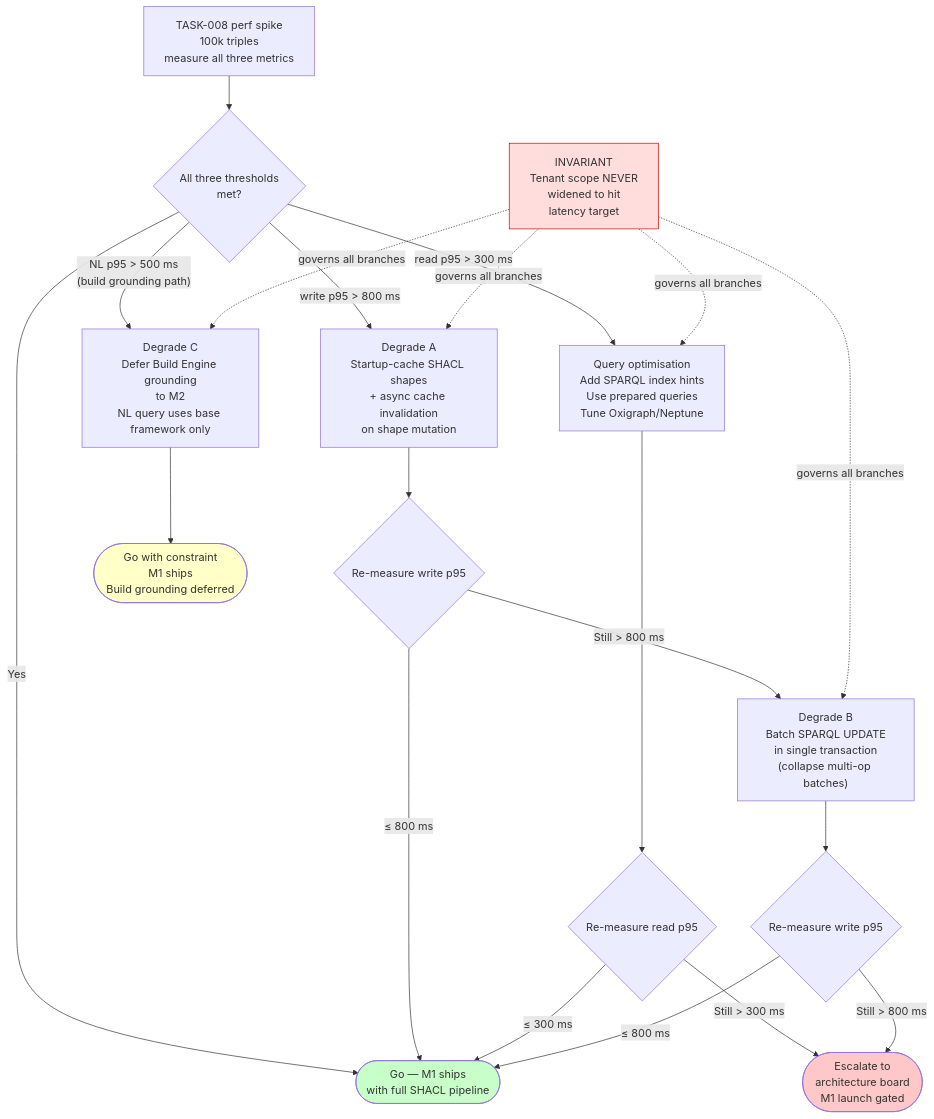
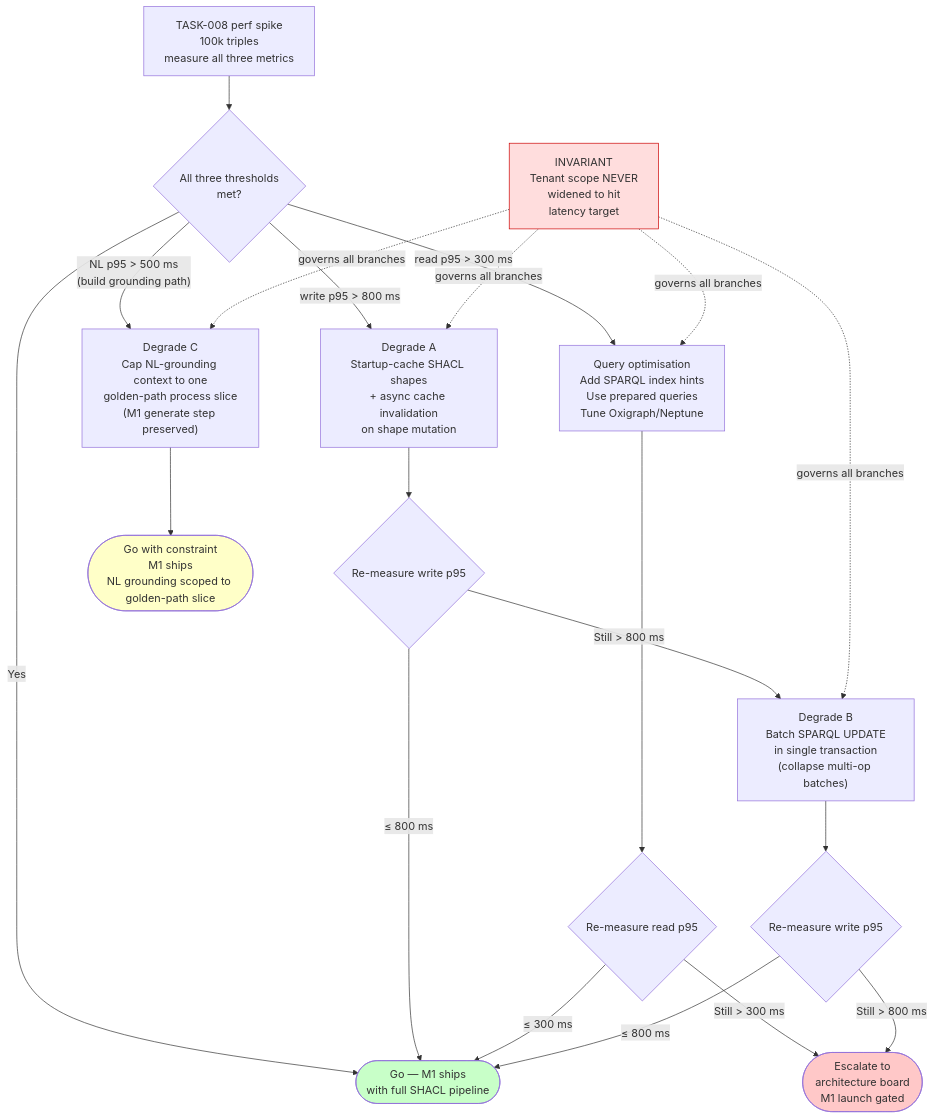
One commit to gazzwi86/weave changed the sixth of 7 diagrams in docs/specs/weave/engines/constitution-engine/tech-spec/business-process.md. Above: the diagram before and after it, drawn with Mermaid. The commit also changed other lines of this file and 38 other files, not shown here.

````diff
--- a/docs/specs/weave/engines/constitution-engine/tech-spec/business-process.md
+++ b/docs/specs/weave/engines/constitution-engine/tech-spec/business-process.md
@@ -285,44 +289,44 @@
 ```mermaid
 flowchart TD
     SPIKE["TASK-008 perf spike<br/>100k triples<br/>measure all three metrics"] --> GATE
 
     GATE{"All three thresholds<br/>met?"}
     GATE -->|"Yes"| GO
     GO(["Go — M1 ships<br/>with full SHACL pipeline"])
 
     GATE -->|"write p95 > 800 ms"| DA
     GATE -->|"read p95 > 300 ms"| QO
     GATE -->|"NL p95 > 500 ms<br/>(build grounding path)"| DC
 
     DA["Degrade A<br/>Startup-cache SHACL shapes<br/>+ async cache invalidation<br/>on shape mutation"] --> REMEASURE_A
     REMEASURE_A{"Re-measure write p95"}
     REMEASURE_A -->|"≤ 800 ms"| GO
     REMEASURE_A -->|"Still > 800 ms"| DB
 
     QO["Query optimisation<br/>Add SPARQL index hints<br/>Use prepared queries<br/>Tune Oxigraph/Neptune"] --> REMEASURE_R
     REMEASURE_R{"Re-measure read p95"}
     REMEASURE_R -->|"≤ 300 ms"| GO
     REMEASURE_R -->|"Still > 300 ms"| ESC
 
     DB["Degrade B<br/>Batch SPARQL UPDATE<br/>in single transaction<br/>(collapse multi-op batches)"] --> REMEASURE_B
     REMEASURE_B{"Re-measure write p95"}
     REMEASURE_B -->|"≤ 800 ms"| GO
     REMEASURE_B -->|"Still > 800 ms"| ESC
 
-    DC["Degrade C<br/>Defer Build Engine grounding<br/>to M2<br/>NL query uses base framework only"] --> GODC
-    GODC(["Go with constraint<br/>M1 ships<br/>Build grounding deferred"])
+    DC["Degrade C<br/>Cap NL-grounding context to one<br/>golden-path process slice<br/>(M1 generate step preserved)"] --> GODC
+    GODC(["Go with constraint<br/>M1 ships<br/>NL grounding scoped to golden-path slice"])
 
     ESC(["Escalate to<br/>architecture board<br/>M1 launch gated"])
 
     GUARD["INVARIANT<br/>Tenant scope NEVER<br/>widened to hit<br/>latency target"]
 
     GUARD -.->|"governs all branches"| DA
     GUARD -.->|"governs all branches"| DB
     GUARD -.->|"governs all branches"| DC
     GUARD -.->|"governs all branches"| QO
 
     style GO fill:#c8ffc8
     style GODC fill:#ffffc8
     style ESC fill:#ffc8c8
     style GUARD fill:#ffdddd,stroke:#cc0000
 ```
````
